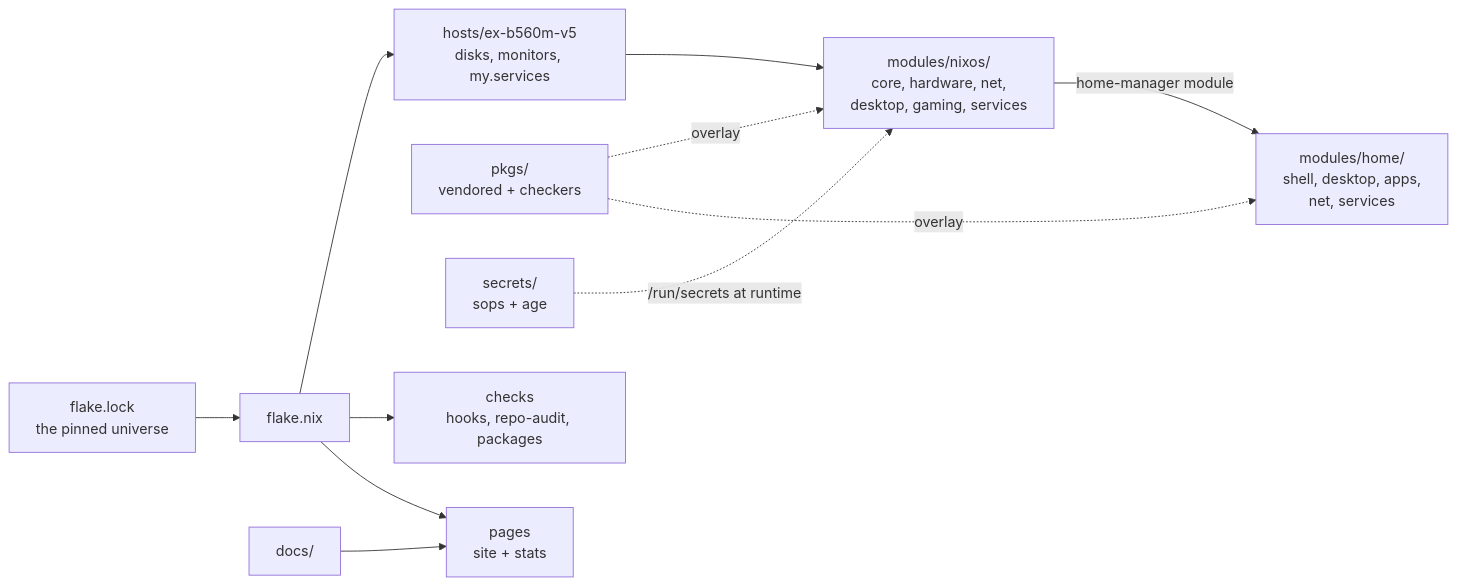
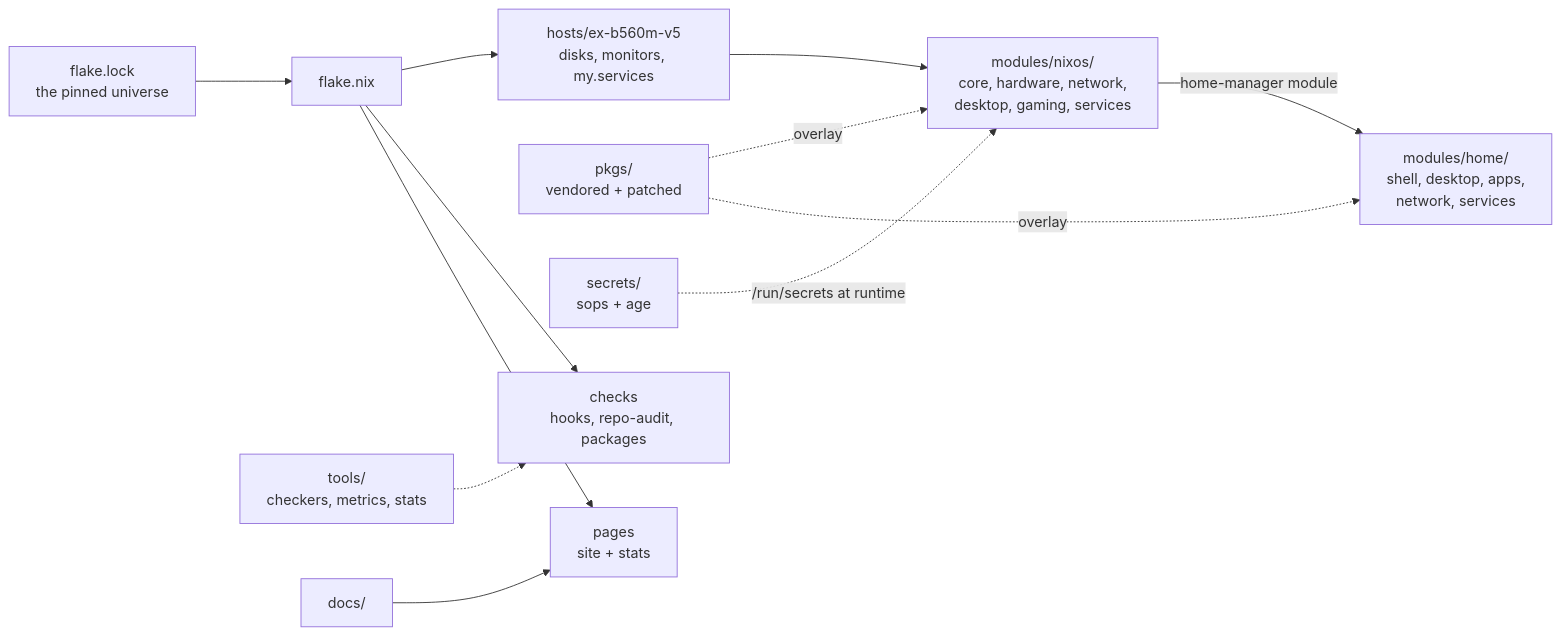
Before and after one commit to v1cferr/dotfiles: the diagram in README.md, drawn with Mermaid. The commit also changed other lines of this file and 26 other files, not shown here.

First line of the commit message:
refactor(tools): move the repo's own tools out of pkgs/

````diff
--- a/README.md
+++ b/README.md
@@ -85,13 +85,14 @@
 ```mermaid
 flowchart LR
   lock[flake.lock<br/>the pinned universe] --> flake[flake.nix]
   flake --> host[hosts/ex-b560m-v5<br/>disks, monitors, my.services]
-  host --> system[modules/nixos/<br/>core, hardware, net,<br/>desktop, gaming, services]
-  system -->|home-manager module| home[modules/home/<br/>shell, desktop, apps,<br/>net, services]
-  pkgs[pkgs/<br/>vendored + checkers] -.->|overlay| system
+  host --> system[modules/nixos/<br/>core, hardware, network,<br/>desktop, gaming, services]
+  system -->|home-manager module| home[modules/home/<br/>shell, desktop, apps,<br/>network, services]
+  pkgs[pkgs/<br/>vendored + patched] -.->|overlay| system
   pkgs -.->|overlay| home
   secrets[secrets/<br/>sops + age] -.->|/run/secrets at runtime| system
   flake --> checks[checks<br/>hooks, repo-audit, packages]
+  tools[tools/<br/>checkers, metrics, stats] -.-> checks
   docs[docs/] --> pages[pages<br/>site + stats]
   flake --> pages
 ```
````
